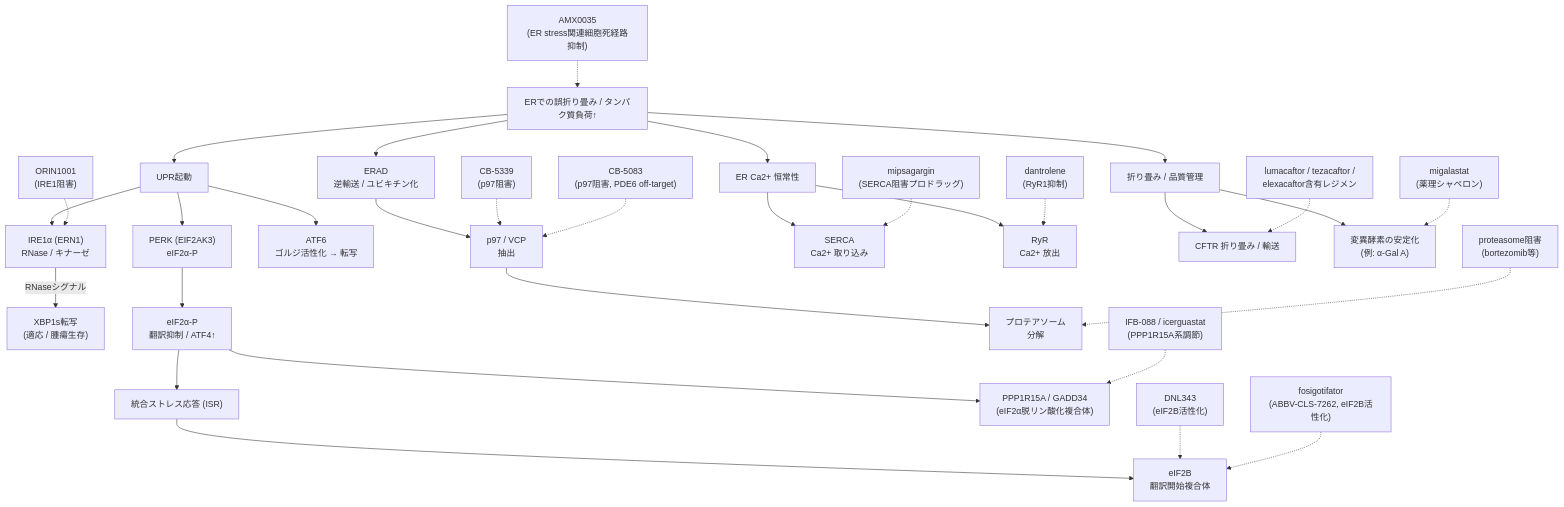
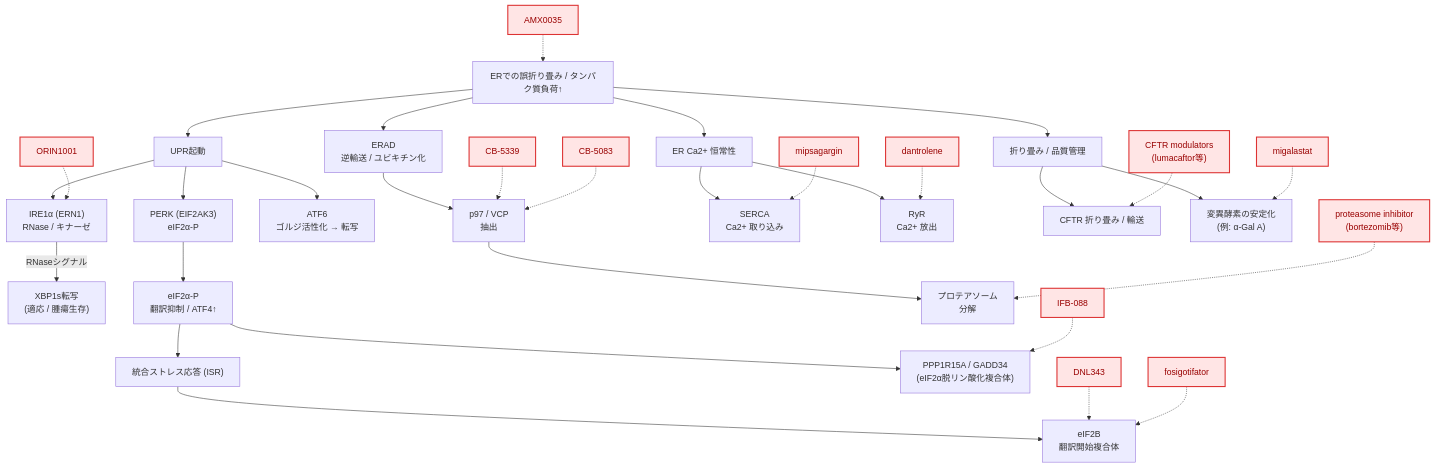
One commit to NagiMukae/organelle-therapeutics-tracker changed the diagram in _posts/2026-03-23-ER-approval.md. Above: the diagram before and after it, drawn with Mermaid. The commit also changed other lines of this file, not shown here.

````diff
--- a/_posts/2026-03-23-ER-approval.md
+++ b/_posts/2026-03-23-ER-approval.md
@@ -156,41 +156,49 @@
 ```mermaid
 flowchart TD
+  %% ===== ノード =====
   A["ERでの誤折り畳み / タンパク質負荷↑"] --> B["UPR起動"]
   B --> IRE1["IRE1α (ERN1)<br/>RNase / キナーゼ"]
   B --> PERK["PERK (EIF2AK3)<br/>eIF2α-P"]
   B --> ATF6["ATF6<br/>ゴルジ活性化 → 転写"]
 
   IRE1 -->|RNaseシグナル| XBP1["XBP1s転写<br/>(適応 / 腫瘍生存)"]
   PERK --> EIF2A["eIF2α-P<br/>翻訳抑制 / ATF4↑"]
   EIF2A --> ISR["統合ストレス応答 (ISR)"]
   ISR --> EIF2B["eIF2B<br/>翻訳開始複合体"]
   EIF2A --> PPP1R15A["PPP1R15A / GADD34<br/>(eIF2α脱リン酸化複合体)"]
 
   A --> ERAD["ERAD<br/>逆輸送 / ユビキチン化"]
   ERAD --> P97["p97 / VCP<br/>抽出"]
   P97 --> PROT["プロテアソーム<br/>分解"]
 
   A --> CA["ER Ca2+ 恒常性"]
   CA --> SERCA["SERCA<br/>Ca2+ 取り込み"]
   CA --> RYR["RyR<br/>Ca2+ 放出"]
 
   A --> FOLD["折り畳み / 品質管理"]
   FOLD --> CFTR["CFTR 折り畳み / 輸送"]
   FOLD --> ENZ["変異酵素の安定化<br/>(例: α-Gal A)"]
 
-  ORIN["ORIN1001<br/>(IRE1阻害)"] -.-> IRE1
-  DNL["DNL343<br/>(eIF2B活性化)"] -.-> EIF2B
-  FOSI["fosigotifator<br/>(ABBV-CLS-7262, eIF2B活性化)"] -.-> EIF2B
-  IFB["IFB-088 / icerguastat<br/>(PPP1R15A系調節)"] -.-> PPP1R15A
+  %% ===== 薬（点線）=====
+  ORIN["ORIN1001"] -.-> IRE1
+  DNL["DNL343"] -.-> EIF2B
+  FOSI["fosigotifator"] -.-> EIF2B
+  IFB["IFB-088"] -.-> PPP1R15A
 
-  CB5339["CB-5339<br/>(p97阻害)"] -.-> P97
-  CB5083["CB-5083<br/>(p97阻害, PDE6 off-target)"] -.-> P97
-  BOR["proteasome阻害<br/>(bortezomib等)"] -.-> PROT
+  CB5339["CB-5339"] -.-> P97
+  CB5083["CB-5083"] -.-> P97
+  BOR["proteasome inhibitor<br/>(bortezomib等)"] -.-> PROT
 
-  MIP["mipsagargin<br/>(SERCA阻害プロドラッグ)"] -.-> SERCA
-  DAN["dantrolene<br/>(RyR1抑制)"] -.-> RYR
+  MIP["mipsagargin"] -.-> SERCA
+  DAN["dantrolene"] -.-> RYR
 
-  ORK["lumacaftor / tezacaftor /<br/>elexacaftor含有レジメン"] -.-> CFTR
-  GAL["migalastat<br/>(薬理シャペロン)"] -.-> ENZ
-  AMX["AMX0035<br/>(ER stress関連細胞死経路抑制)"] -.-> A
+  ORK["CFTR modulators<br/>(lumacaftor等)"] -.-> CFTR
+  GAL["migalastat"] -.-> ENZ
+  AMX["AMX0035"] -.-> A
+
+  %% ===== スタイル =====
+  classDef drug fill:#ffe5e5,stroke:#d33,stroke-width:2px,color:#900;
+  classDef pathway fill:#f7fbfc,stroke:#6aa7b2;
+
+  class ORIN,DNL,FOSI,IFB,CB5339,CB5083,BOR,MIP,DAN,ORK,GAL,AMX drug;
 ```
````
